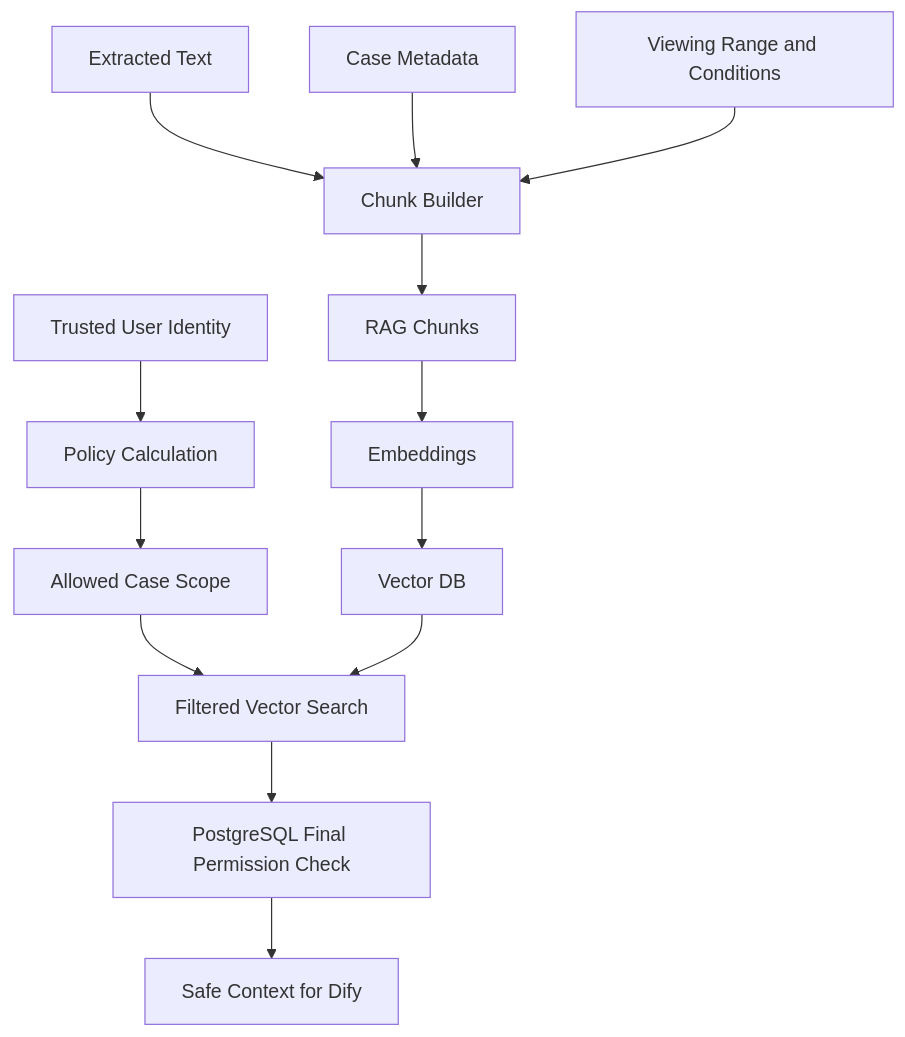
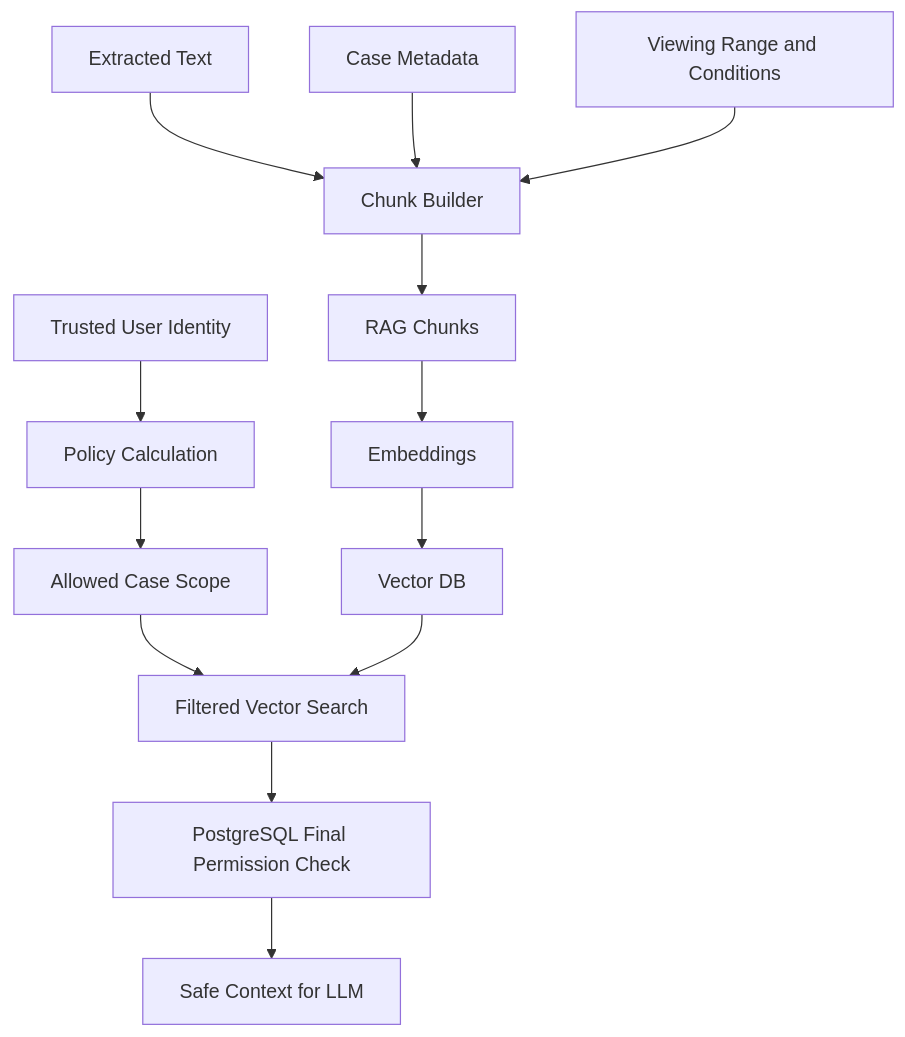
Before and after one commit to matrix9neonebuchadnezzar2199-sketch/Aisss: the fourth of 4 diagrams in docs/04-data-flow.md, drawn with Mermaid. The commit also changed other lines of this file and 28 other files, not shown here.

````diff
--- a/docs/04-data-flow.md
+++ b/docs/04-data-flow.md
@@ -66,15 +67,15 @@
 ```mermaid
 flowchart TD
   extractedText["Extracted Text"] --> chunkBuilder["Chunk Builder"]
   caseMetadata["Case Metadata"] --> chunkBuilder
   aclData["Viewing Range and Conditions"] --> chunkBuilder
   chunkBuilder --> chunks["RAG Chunks"]
   chunks --> embeddings["Embeddings"]
   embeddings --> vectorDb["Vector DB"]
   userIdentity["Trusted User Identity"] --> policyCalc["Policy Calculation"]
   policyCalc --> allowedScope["Allowed Case Scope"]
   allowedScope --> vectorSearch["Filtered Vector Search"]
   vectorDb --> vectorSearch
   vectorSearch --> finalCheck["PostgreSQL Final Permission Check"]
-  finalCheck --> safeContext["Safe Context for Dify"]
+  finalCheck --> safeContext["Safe Context for LLM"]
 ```
````
